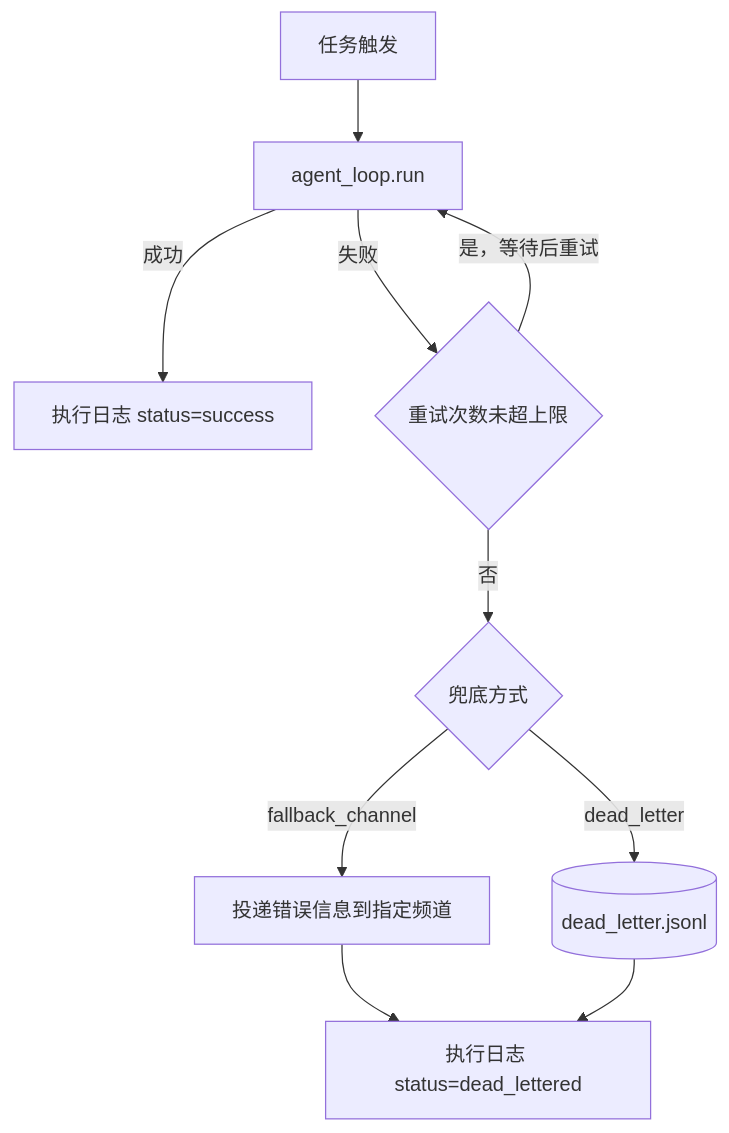
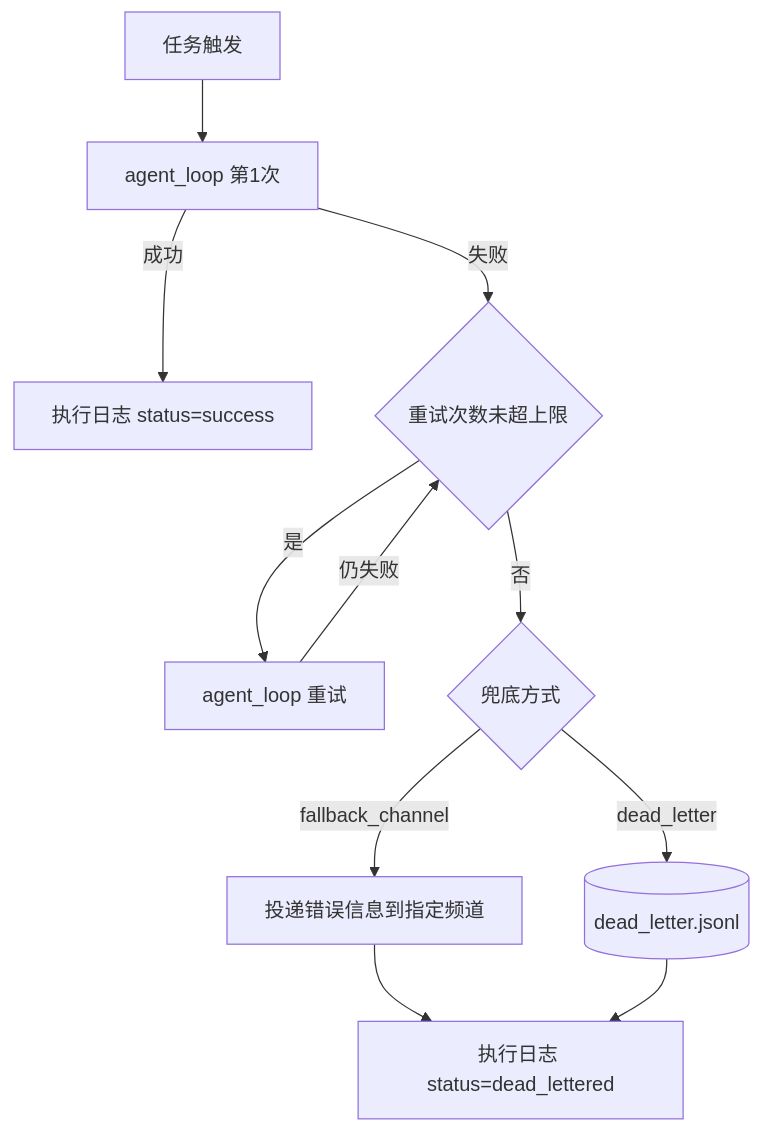
The third of 3 diagrams in docs/capabilities/scheduling.md (Summy2104/fleetent), drawn with Mermaid before and after one commit. The commit also changed other lines of this file and 1 other file, not shown here.

Commit message:
docs: fix mermaid VSCode compatibility in observability and scheduling diagrams

````diff
--- a/docs/capabilities/scheduling.md
+++ b/docs/capabilities/scheduling.md
@@ -76,15 +79,17 @@
 ```mermaid
 flowchart TD
-    TRIGGER[任务触发] --> EXEC["agent_loop.run"]
-    EXEC -->|成功| LOG_OK["执行日志 status=success"]
-    EXEC -->|失败| RETRY{重试次数未超上限}
+    TRIGGER[任务触发] --> EXEC1["agent_loop 第1次"]
+    EXEC1 -->|"成功"| LOG_OK["执行日志 status=success"]
+    EXEC1 -->|"失败"| RETRY{"重试次数未超上限"}
 
-    RETRY -->|否| DL{兜底方式}
-    RETRY -->|是，等待后重试| EXEC
+    RETRY -->|"是"| EXEC2["agent_loop 重试"]
+    RETRY -->|"否"| DL{"兜底方式"}
 
-    DL -->|fallback_channel| CH["投递错误信息到指定频道"]
-    DL -->|dead_letter| DLQ[("dead_letter.jsonl")]
+    EXEC2 -->|"仍失败"| RETRY
+
+    DL -->|"fallback_channel"| CH["投递错误信息到指定频道"]
+    DL -->|"dead_letter"| DLQ[("dead_letter.jsonl")]
 
     CH --> LOG_DL["执行日志 status=dead_lettered"]
     DLQ --> LOG_DL
 ```
````
